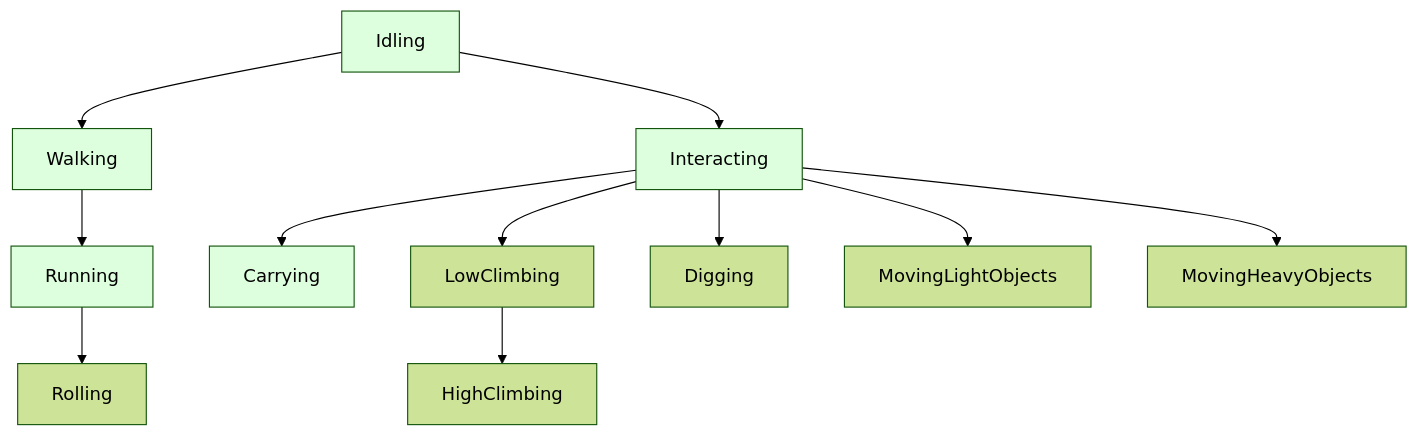
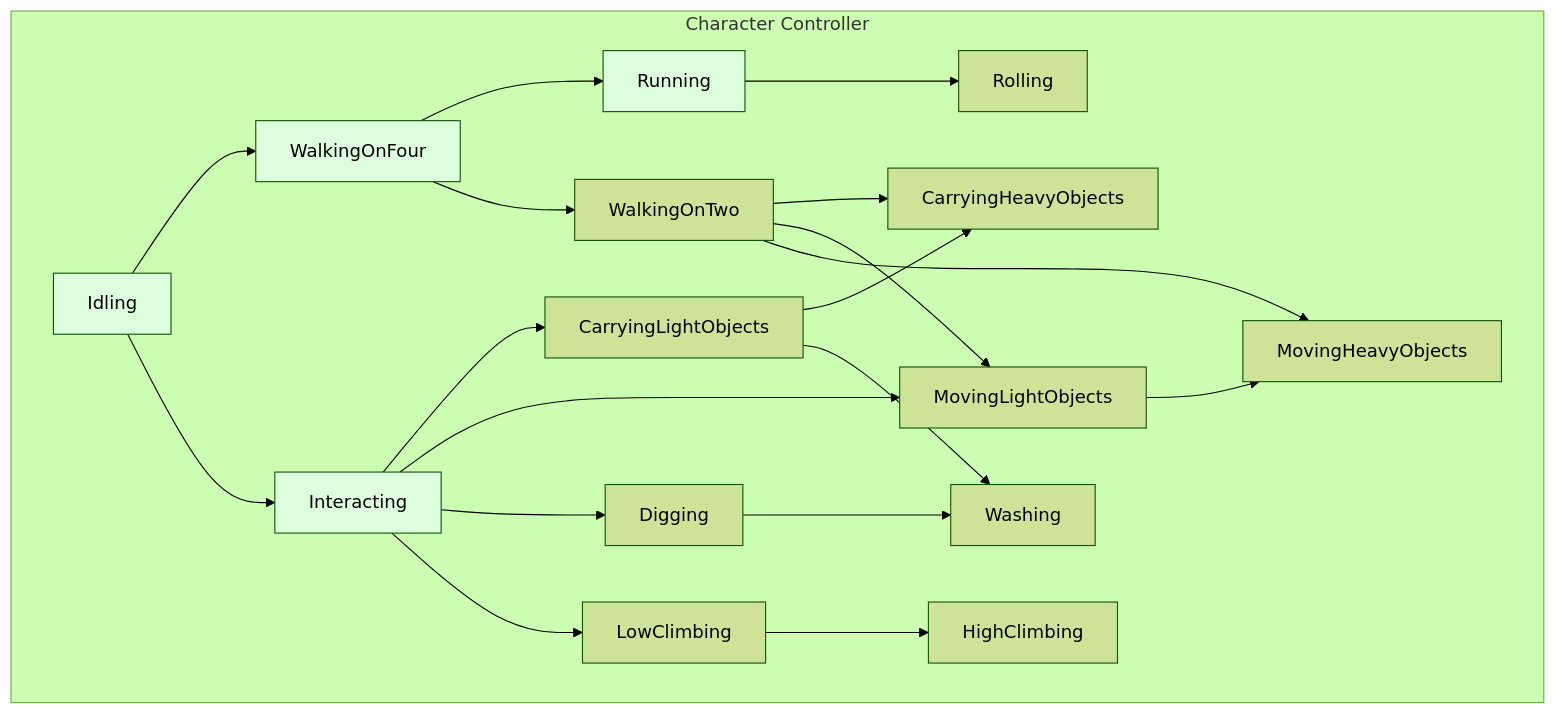
The diagram in diagrams/abilities.mermaid (gregorhcs/RacoonTaleDocs), drawn with Mermaid (forest theme) before and after one commit.

Commit message:
feat: add abilities

```diff
--- a/diagrams/abilities.mermaid
+++ b/diagrams/abilities.mermaid
@@ -1,27 +1,40 @@
 flowchart TD
     classDef start fill:#dfd
     
-	Idling:::start
+    subgraph Character Controller
+        Idling:::start
+        
+        WalkingOnFour:::start
+        WalkingOnTwo
+        Running:::start
+        Interacting:::start
+        CarryingLightObjects
+        CarryingHeavyObjects
+        
+        Rolling
+        LowClimbing
+        HighClimbing
+        Digging
+        MovingLightObjects
+        MovingHeavyObjects
+        Washing
+    end
+
+	WalkingOnFour-->Running
+	WalkingOnFour-->WalkingOnTwo
 	
-	Walking:::start
-	Running:::start
-	Interacting:::start
-	Carrying:::start
-	
-	Rolling
-	LowClimbing
-	HighClimbing
-	Digging
-	MovingLightObjects
-	MovingHeavyObjects
-	
-	Idling-->Walking
+	Idling-->WalkingOnFour
 	Idling-->Interacting
-	Walking-->Running
 	Running-->Rolling
-	Interacting-->Carrying
+	Interacting-->CarryingLightObjects
+	CarryingLightObjects-->CarryingHeavyObjects
+    WalkingOnTwo-->CarryingHeavyObjects
+    WalkingOnTwo-->MovingLightObjects
+    WalkingOnTwo-->MovingHeavyObjects
+	Interacting-->MovingLightObjects
+	MovingLightObjects-->MovingHeavyObjects
 	Interacting-->Digging
-	Interacting-->MovingLightObjects
-	Interacting-->MovingHeavyObjects
+    Digging-->Washing
+	CarryingLightObjects-->Washing
 	Interacting-->LowClimbing
 	LowClimbing-->HighClimbing
```
